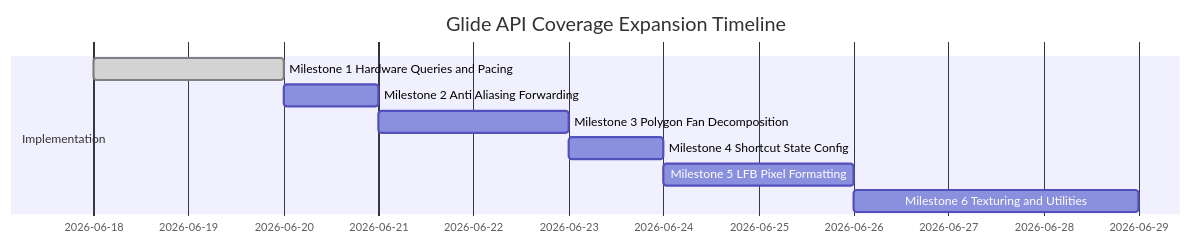
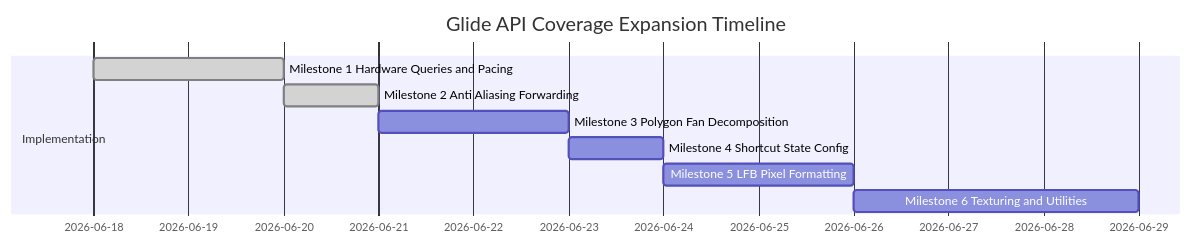
One commit to eugenenuke/glide-ng changed the diagram in docs/glide_coverage_roadmap.md. Above: the diagram before and after it, drawn with Mermaid. The commit also changed 10 other files, not shown here.

Commit message:
Implement Milestone 2: Anti-Aliasing Geometry & Transparent MSAA. Add multi-sampled color/depth targets, transient resolving render passes, EGL MSAA with robust fallback, dynamic telemetry logging, and comprehensive Catch2 rendering/resolve tests.

````diff
--- a/docs/glide_coverage_roadmap.md
+++ b/docs/glide_coverage_roadmap.md
@@ -20,12 +20,12 @@
 ```mermaid
 gantt
     title Glide API Coverage Expansion Timeline
     dateFormat  YYYY-MM-DD
     section Implementation
     Milestone 1 Hardware Queries and Pacing     :done, m1, 2026-06-18, 2d
-    Milestone 2 Anti Aliasing Forwarding        :        m2, after m1, 1d
-    Milestone 3 Polygon Fan Decomposition       :        m3, after m2, 2d
+    Milestone 2 Anti Aliasing Forwarding        :done, m2, after m1, 1d
+    Milestone 3 Polygon Fan Decomposition       :      m3, after m2, 2d
     Milestone 4 Shortcut State Config           :        m4, after m3, 1d
     Milestone 5 LFB Pixel Formatting            :        m5, after m4, 2d
     Milestone 6 Texturing and Utilities         :        m6, after m5, 3d
 ```
````
